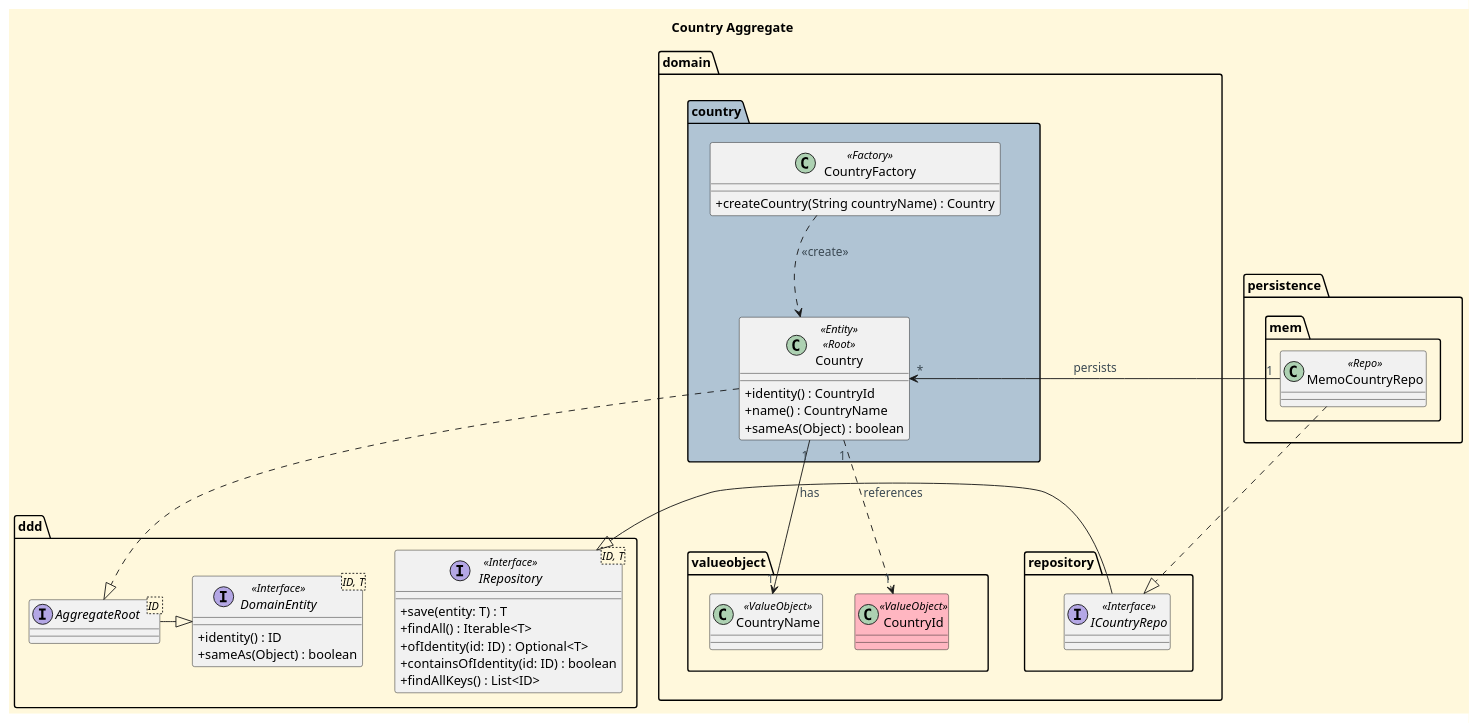
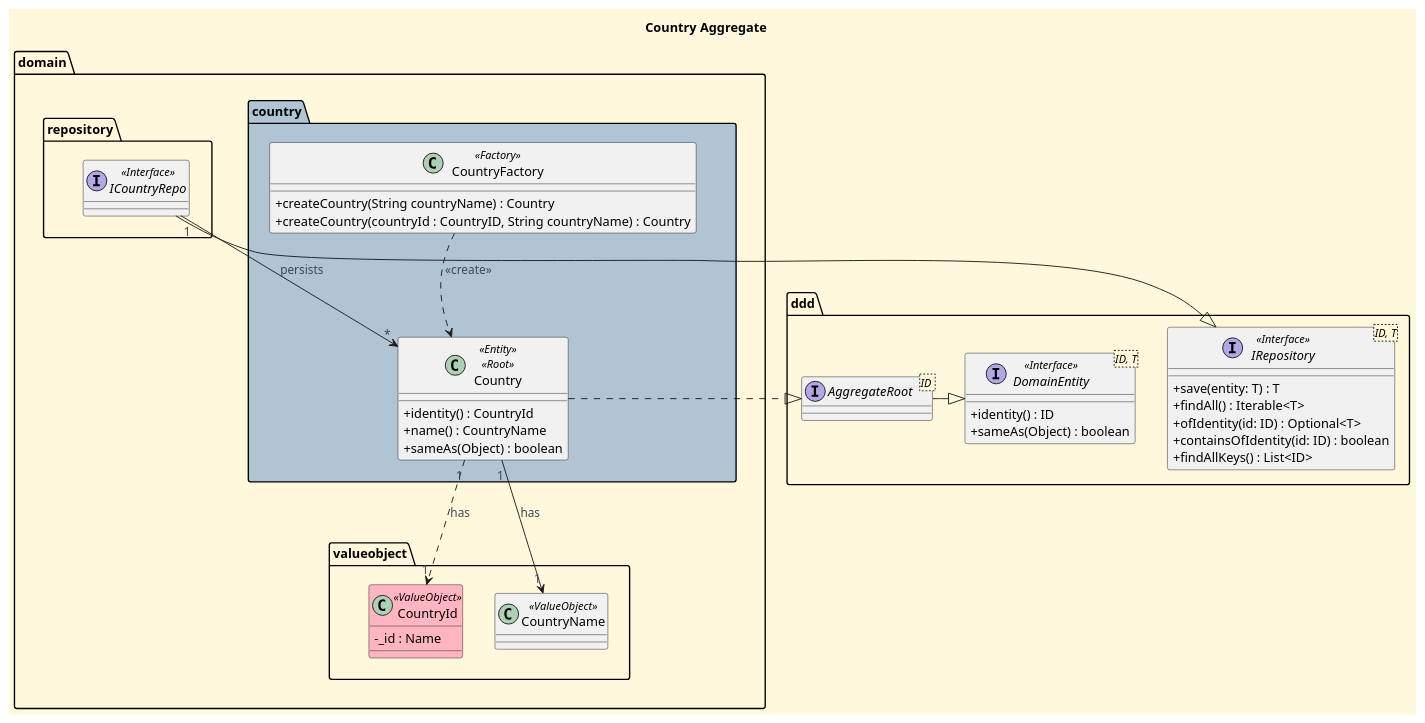
One commit to CarolinaLeite-collab/JavaMarketplacePlatform changed the diagram in docs/aggregates-diagrams/Country_Aggregate.puml. Above: the diagram before and after it, drawn with PlantUML.

Commit message:
refs #648 Update of Country aggregate diagram to reflect persistence

```diff
--- a/docs/aggregates-diagrams/Country_Aggregate.puml
+++ b/docs/aggregates-diagrams/Country_Aggregate.puml
@@ -1,91 +1,85 @@
 @startuml
 
 title Country Aggregate
 
 '==== basic style ====
 skinparam monochrome false
 skinparam shadowing false
 skinparam defaultFontName Futura
 skinparam objectFontSize 20
 skinparam backgroundColor CornSilk
 skinparam objectBackgroundColor WhiteSmoke
 skinparam noteBackgroundColor #FFFFE0
 skinparam ArrowFontColor #3B4953
 skinparam ActivationBackgroundColor black
 skinparam classAttributeIconSize 0
 
 top to bottom direction
 
 Package "domain" {
 
     Package "country" <<Folder>> #b0c4d4 {
         class Country <<Entity>> <<Root>> {
             +identity() : CountryId
             +name() : CountryName
             +sameAs(Object) : boolean
         }
 
         class CountryFactory <<Factory>> {
             +createCountry(String countryName) : Country
+            +createCountry(countryId : CountryID, String countryName) : Country
         }
     }
 
     Package "valueobject" <<Folder>> {
         class CountryId <<ValueObject>> #LightPink {
+        -_id : Name
         }
 
         class CountryName <<ValueObject>> {
         }
     }
 
     Package "repository" <<Folder>> {
         interface ICountryRepo <<Interface>> {
         }
     }
 
     ' Layout adjustments
     valueobject -[hidden]right- repository
     country -[hidden]down- valueobject
 }
 
 Package "ddd" {
     interface "IRepository<ID, T>" as IRepository <<Interface>> {
         +save(entity: T) : T
         +findAll() : Iterable<T>
         +ofIdentity(id: ID) : Optional<T>
         +containsOfIdentity(id: ID) : boolean
         +findAllKeys() : List<ID>
     }
 
     interface AggregateRoot <ID >{
     }
 
     interface DomainEntity<ID, T> <<Interface>> {
         +identity() : ID
         +sameAs(Object) : boolean
     }
 }
 
-Package "persistence" {
-    package "mem" {
-        class MemoCountryRepo <<Repo>> {
-        }
-    }
-}
-
 ' ===== Relations =====
 
-Country "1" ..> "1" CountryId : references
+Country "1" ..> "1" CountryId : has
 Country "1" --> "1" CountryName : has
 
 ICountryRepo -|> IRepository
-MemoCountryRepo ..|> ICountryRepo
-Country "*" <- "1" MemoCountryRepo : persists
+ICountryRepo "1" --> "*" Country : persists
 
 CountryFactory ..> Country : <<create>>
 
 AggregateRoot -|> DomainEntity
 Country .|> AggregateRoot
 
 
 @enduml
```
